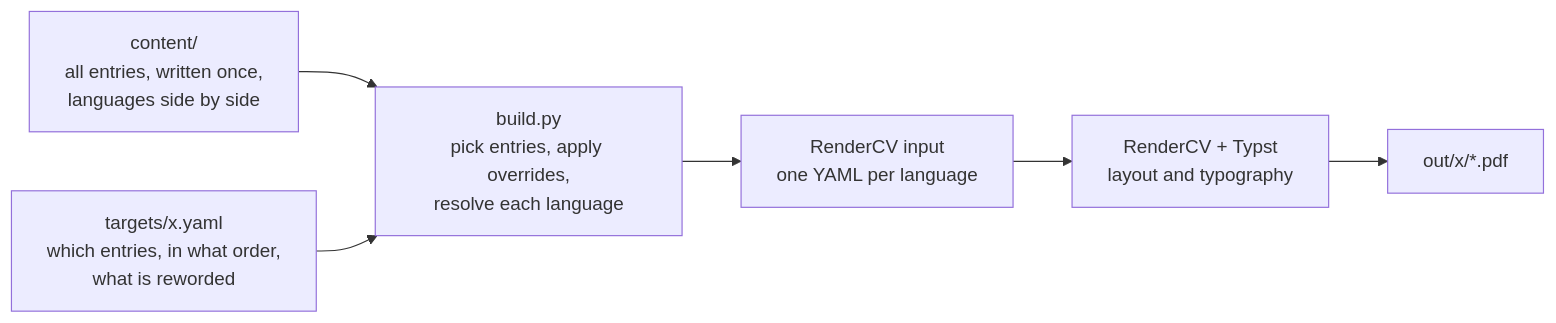
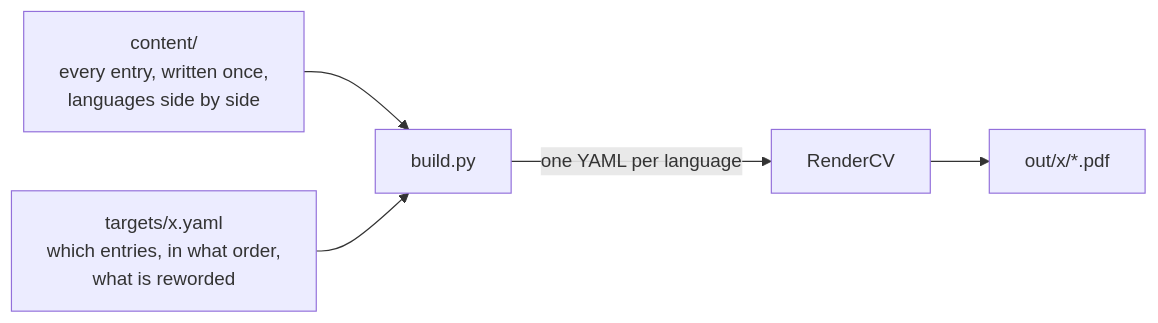
Before and after one commit to AnzhiZhang/PrismCV: the diagram in README.md, drawn with Mermaid. The commit also changed other lines of this file and 3 other files, not shown here.

````diff
--- a/README.md
+++ b/README.md
@@ -28,13 +22,12 @@
 ```mermaid
 flowchart LR
-    C["content/<br/>all entries, written once,<br/>languages side by side"]
+    C["content/<br/>every entry, written once,<br/>languages side by side"]
     T["targets/x.yaml<br/>which entries, in what order,<br/>what is reworded"]
-    B["build.py<br/>pick entries, apply overrides,<br/>resolve each language"]
-    Y["RenderCV input<br/>one YAML per language"]
-    R["RenderCV + Typst<br/>layout and typography"]
+    B["build.py"]
+    R["RenderCV"]
     P["out/x/*.pdf"]
 
     C --> B
     T --> B
-    B --> Y --> R --> P
+    B -->|one YAML per language| R --> P
 ```
````
